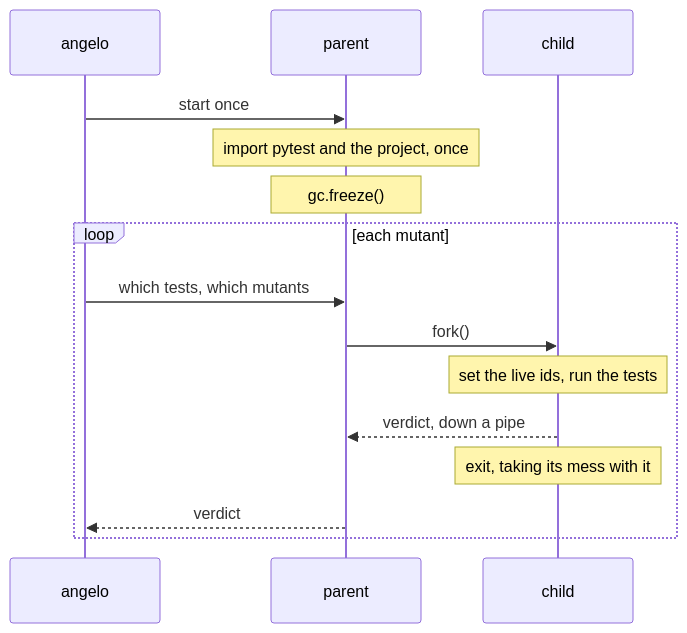
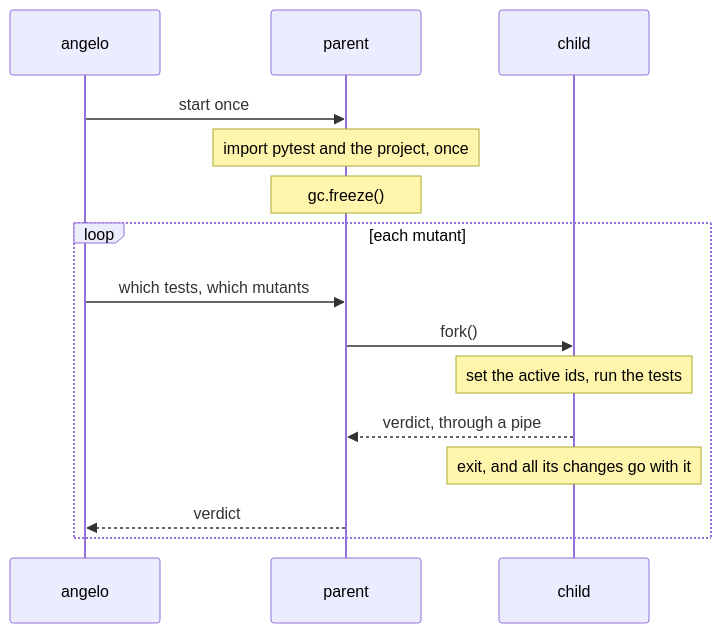
Before and after one commit to kvandeh/Angelo: the diagram in docs/08-schemata.md, drawn with Mermaid. The commit also changed other lines of this file and 19 other files, not shown here.

````diff
--- a/docs/08-schemata.md
+++ b/docs/08-schemata.md
@@ -124,17 +128,17 @@
 ```mermaid
 sequenceDiagram
     participant A as angelo
     participant P as parent
     participant C as child
     A->>P: start once
     Note over P: import pytest and the project, once
     Note over P: gc.freeze()
     loop each mutant
         A->>P: which tests, which mutants
         P->>C: fork()
-        Note over C: set the live ids, run the tests
-        C-->>P: verdict, down a pipe
-        Note over C: exit, taking its mess with it
+        Note over C: set the active ids, run the tests
+        C-->>P: verdict, through a pipe
+        Note over C: exit, and all its changes go with it
         P-->>A: verdict
     end
 ```
````
